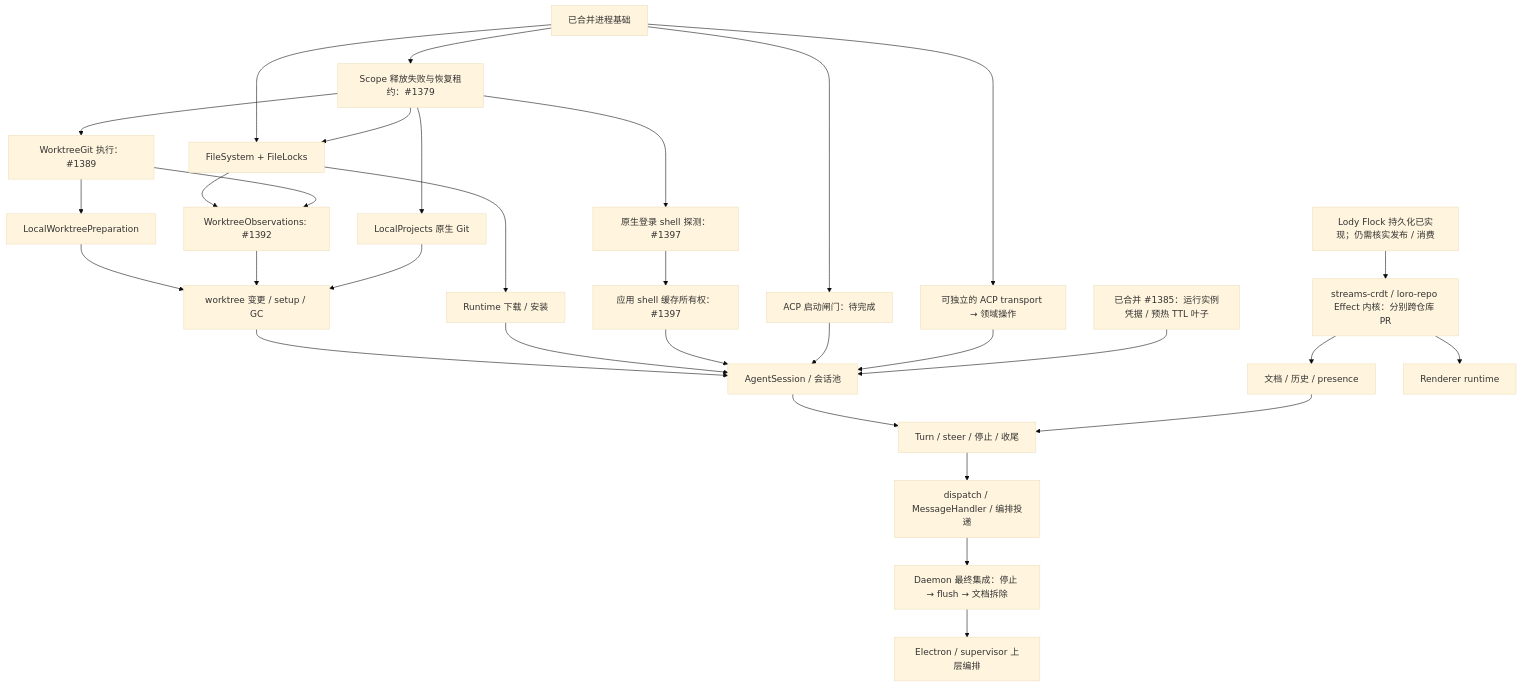
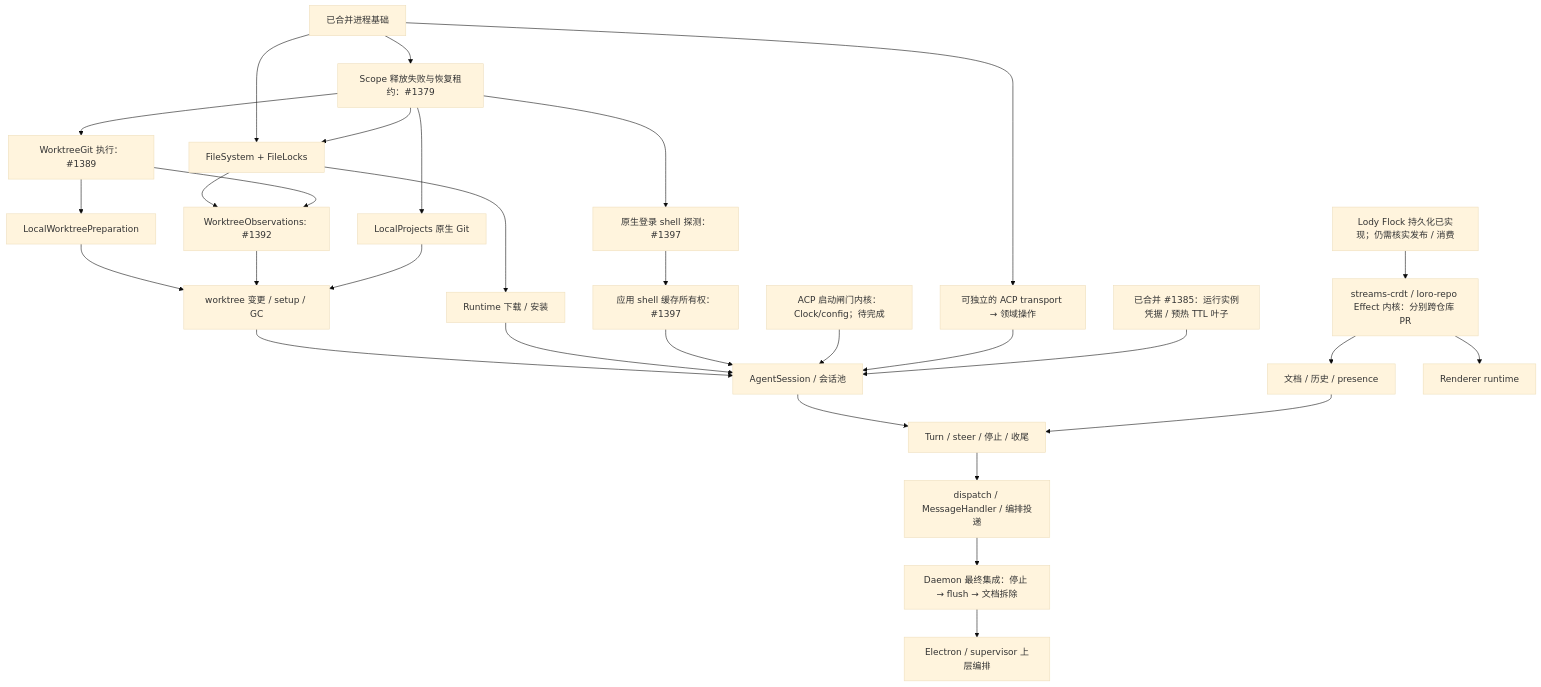
The first of 2 diagrams in .agents/notes/proposed/architecture/2026-09-27-effect-lifecycle-migration-roadmap.zh.md (ACAne0320/Lody), drawn with Mermaid (base theme) before and after one commit. The commit also changed other lines of this file and 7 other files, not shown here.

First line of the commit message:
docs: strengthen native Effect migration charter and guidance

````diff
--- a/.agents/notes/proposed/architecture/2026-09-27-effect-lifecycle-migration-roadmap.zh.md
+++ b/.agents/notes/proposed/architecture/2026-09-27-effect-lifecycle-migration-roadmap.zh.md
@@ -277,33 +316,33 @@
 ```mermaid
 flowchart TD
   P["已合并进程基础"] --> F["FileSystem + FileLocks"]
   P --> C["Scope 释放失败与恢复租约：#1379"]
   C --> F
   C --> G["LocalProjects 原生 Git"]
   C --> Q["WorktreeGit 执行：#1389"]
   F --> O["WorktreeObservations: #1392"]
   Q --> O
   Q --> B["LocalWorktreePreparation"]
   B --> J
   O --> J["worktree 变更 / setup / GC"]
   G --> J
   F --> R["Runtime 下载 / 安装"]
   C --> E["原生登录 shell 探测：#1397"]
   E --> EC["应用 shell 缓存所有权：#1397"]
-  P --> SG["ACP 启动闸门：待完成"]
+  SG["ACP 启动闸门内核：Clock/config；待完成"]
   P --> A["可独立的 ACP transport → 领域操作"]
   J --> S["AgentSession / 会话池"]
   R --> S
   EC --> S
   SG --> S
   A --> S
   N["已合并 #1385：运行实例凭据 / 预热 TTL 叶子"] --> S
   K["Lody Flock 持久化已实现；仍需核实发布 / 消费"] --> L["streams-crdt / loro-repo Effect 内核：分别跨仓库 PR"]
   L --> D["文档 / 历史 / presence"]
   S --> T["Turn / steer / 停止 / 收尾"]
   D --> T
   T --> H["dispatch / MessageHandler / 编排投递"]
   H --> M["Daemon 最终集成：停止 → flush → 文档拆除"]
   L --> W["Renderer runtime"]
   M --> X["Electron / supervisor 上层编排"]
 ```
````
